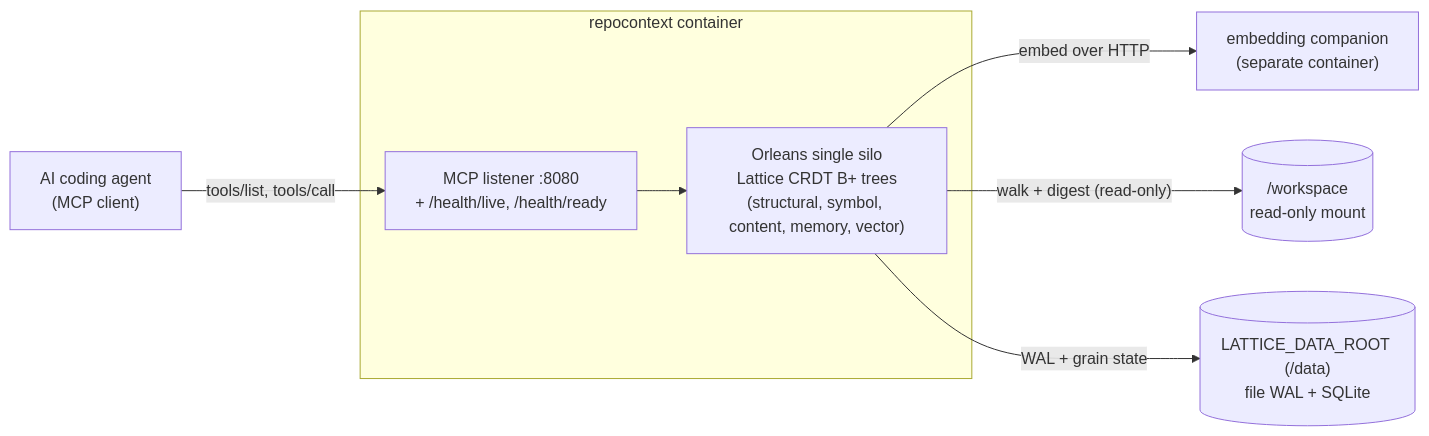
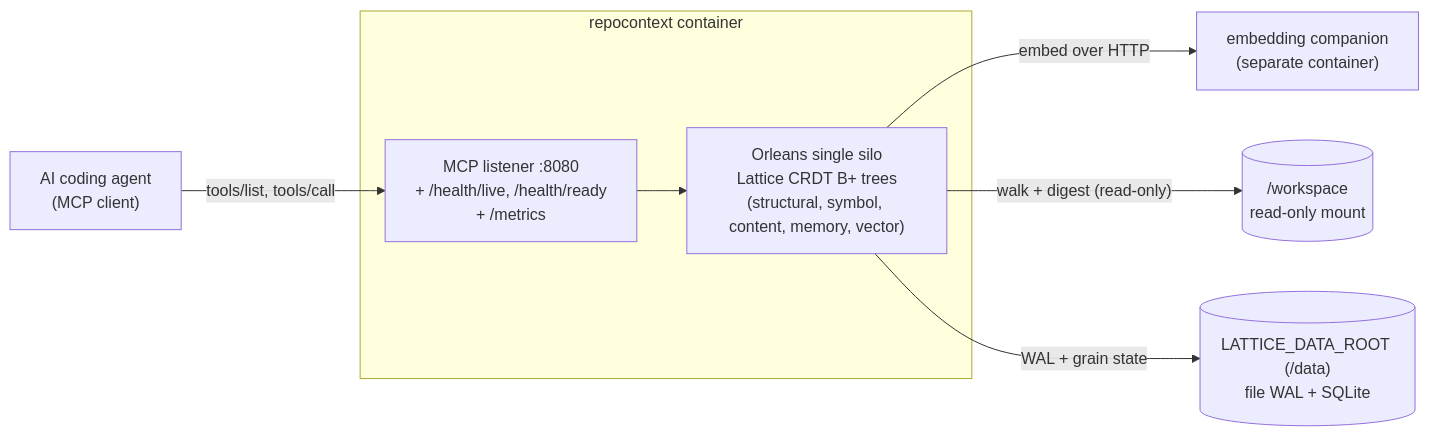
One commit to NSTA1/Orleans.Lattice changed the diagram in docs/lattice.api.mcp.repocontext/container.md. Above: the diagram before and after it, drawn with Mermaid. The commit also changed other lines of this file and 9 other files, not shown here.

````diff
--- a/docs/lattice.api.mcp.repocontext/container.md
+++ b/docs/lattice.api.mcp.repocontext/container.md
@@ -9,19 +9,19 @@
 ```mermaid
 flowchart LR
     agent["AI coding agent<br/>(MCP client)"]
 
     subgraph container["repocontext container"]
-        mcp["MCP listener :8080<br/>+ /health/live, /health/ready"]
+        mcp["MCP listener :8080<br/>+ /health/live, /health/ready<br/>+ /metrics"]
         silo["Orleans single silo<br/>Lattice CRDT B+ trees<br/>(structural, symbol, content, memory, vector)"]
         mcp --> silo
     end
 
     embed["embedding companion<br/>(separate container)"]
     workspace[("/workspace<br/>read-only mount")]
     data[("LATTICE_DATA_ROOT (/data)<br/>file WAL + SQLite")]
 
     agent -->|"tools/list, tools/call"| mcp
     silo -->|"embed over HTTP"| embed
     silo -->|"walk + digest (read-only)"| workspace
     silo -->|"WAL + grain state"| data
 ```
````
